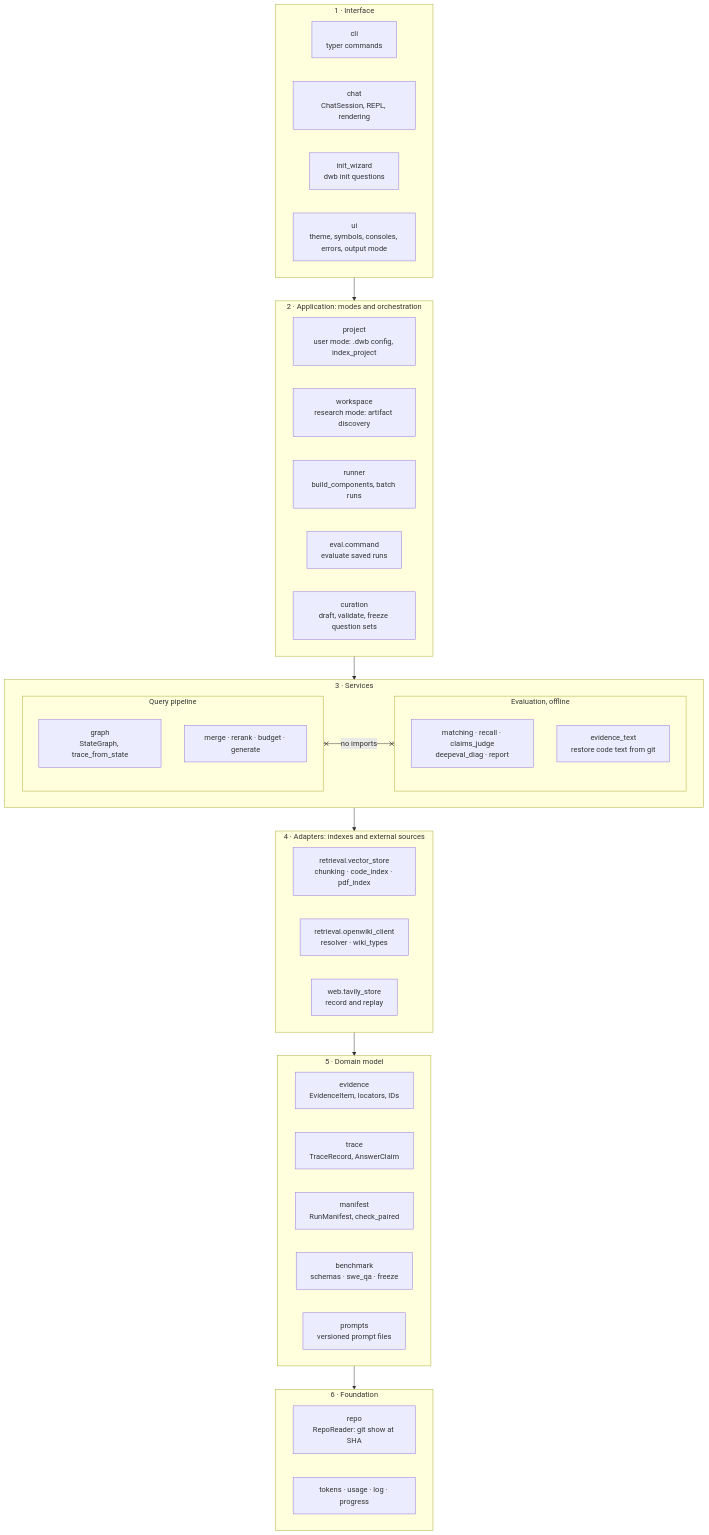
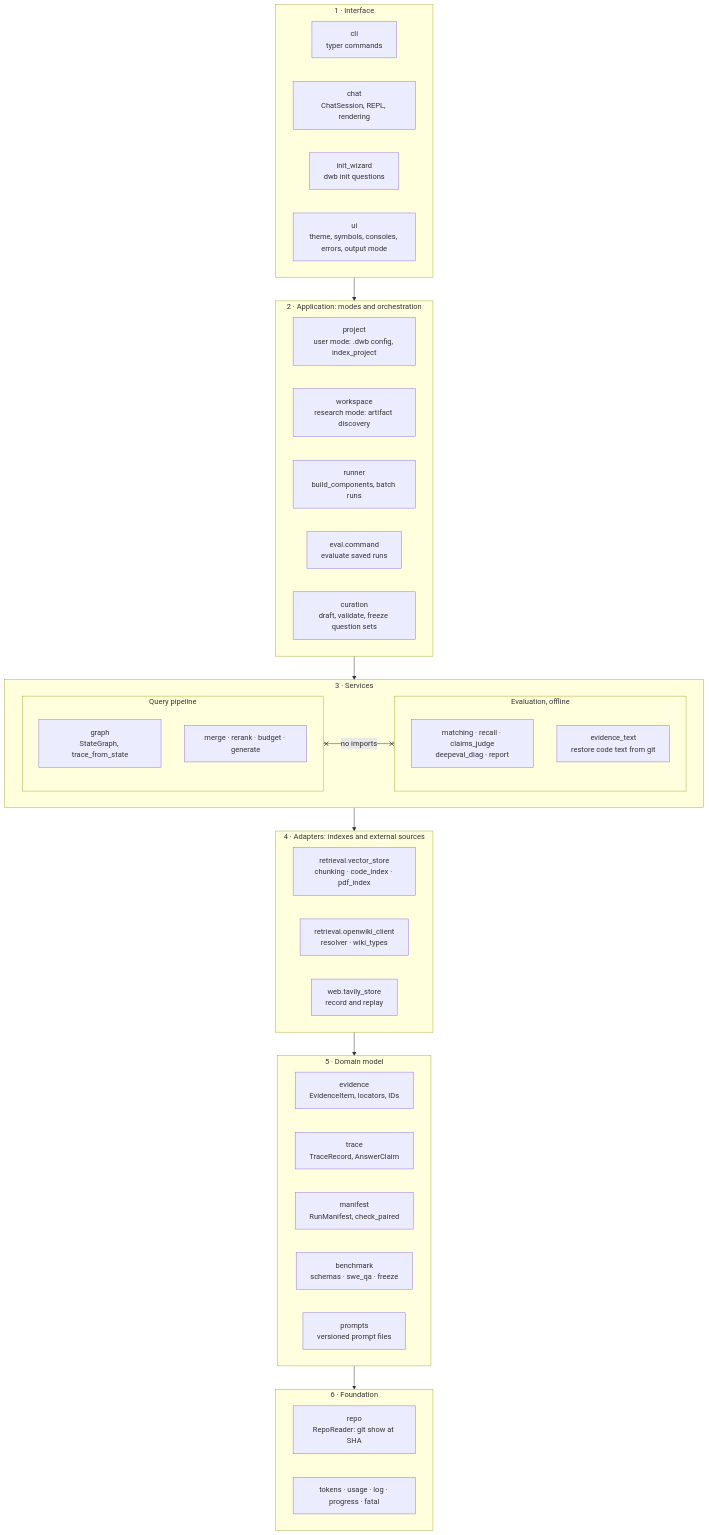
The second of 9 diagrams in docs/architecture.md (andresdp/design-wiki-bridge), drawn with Mermaid before and after one commit. The commit also changed other lines of this file and 27 other files, not shown here.

````diff
--- a/docs/architecture.md
+++ b/docs/architecture.md
@@ -38,52 +38,52 @@
 ```mermaid
 flowchart TB
     subgraph L1["1 · Interface"]
         direction LR
         cli["cli<br/>typer commands"]
         chat["chat<br/>ChatSession, REPL, rendering"]
         initw["init_wizard<br/>dwb init questions"]
         ui["ui<br/>theme, symbols, consoles, errors, output mode"]
     end
     subgraph L2["2 · Application: modes and orchestration"]
         direction LR
         project["project<br/>user mode: .dwb config, index_project"]
         workspace["workspace<br/>research mode: artifact discovery"]
         runner["runner<br/>build_components, batch runs"]
         evalcmd["eval.command<br/>evaluate saved runs"]
         curation["curation<br/>draft, validate, freeze question sets"]
     end
     subgraph L3["3 · Services"]
         direction LR
         subgraph PIPE["Query pipeline"]
             direction TB
             qgraph["graph<br/>StateGraph, trace_from_state"]
             stages["merge · rerank · budget · generate"]
         end
         subgraph EVAL["Evaluation, offline"]
             direction TB
             scoring["matching · recall · claims_judge<br/>deepeval_diag · report"]
             evtext["evidence_text<br/>restore code text from git"]
         end
     end
     subgraph L4["4 · Adapters: indexes and external sources"]
         direction LR
         vec["retrieval.vector_store<br/>chunking · code_index · pdf_index"]
         wiki["retrieval.openwiki_client<br/>resolver · wiki_types"]
         web["web.tavily_store<br/>record and replay"]
     end
     subgraph L5["5 · Domain model"]
         direction LR
         evidence["evidence<br/>EvidenceItem, locators, IDs"]
         trace["trace<br/>TraceRecord, AnswerClaim"]
         manifest["manifest<br/>RunManifest, check_paired"]
         bench["benchmark<br/>schemas · swe_qa · freeze"]
         prompts["prompts<br/>versioned prompt files"]
     end
     subgraph L6["6 · Foundation"]
         direction LR
         repo["repo<br/>RepoReader: git show at SHA"]
-        util["tokens · usage · log · progress"]
+        util["tokens · usage · log · progress · fatal"]
     end
     L1 --> L2 --> L3 --> L4 --> L5 --> L6
     PIPE x--x|no imports| EVAL
 ```
````
